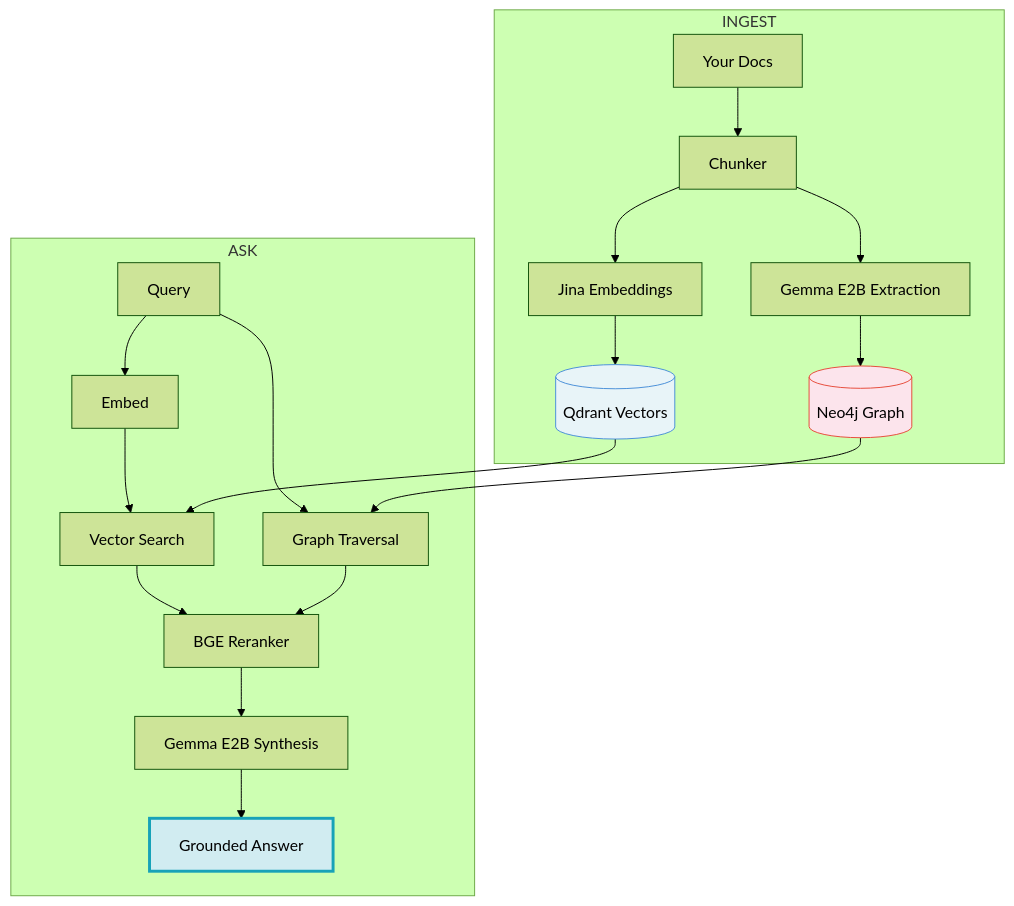
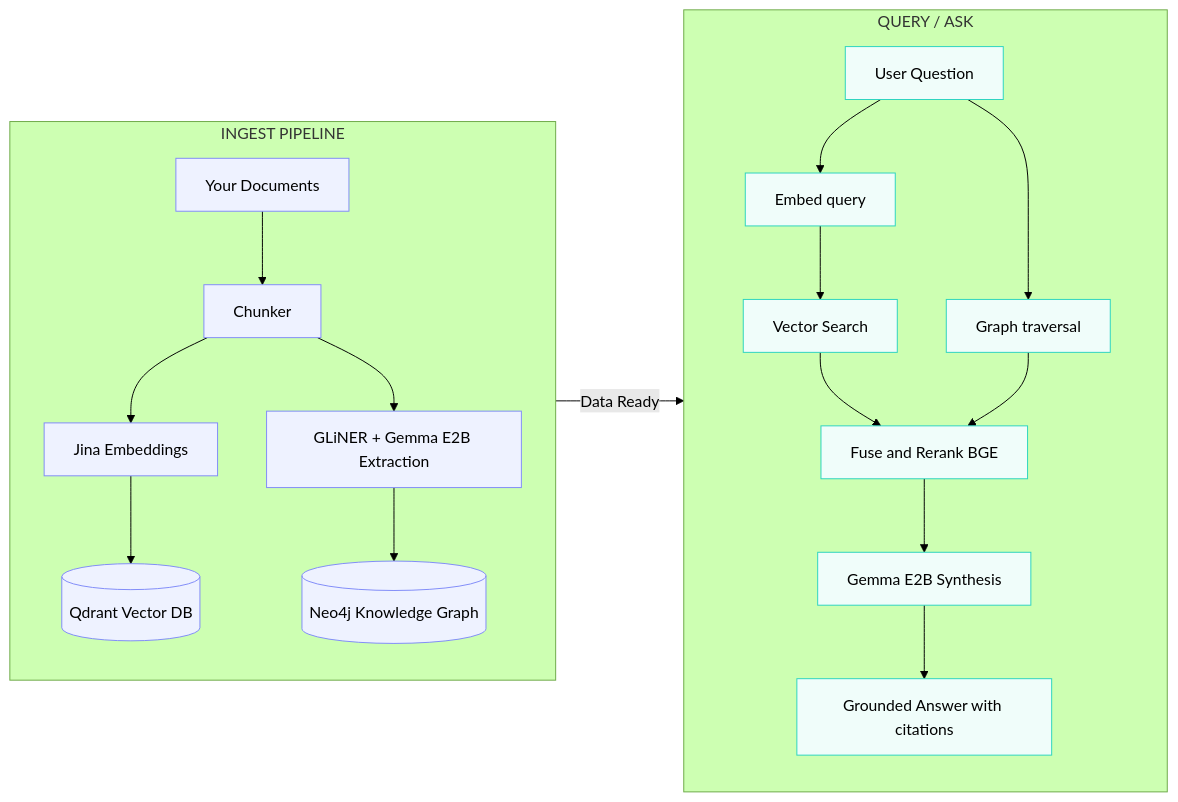
The diagram in README.md (reinhardjs/polyglot-graphrag), drawn with Mermaid (forest theme) before and after one commit. The commit also changed 3 other files, not shown here.

Commit message:
README: replace mermaid diagram with dagre LR layout with class styling

````diff
--- a/README.md
+++ b/README.md
@@ -75,24 +75,53 @@
 ```mermaid
-graph TB
-  subgraph INGEST[INGEST]
-    D[Your Docs] --> C[Chunker]
-    C --> E[Jina Embeddings]
-    C --> X[Gemma E2B Extraction]
-    E --> Q[(Qdrant Vectors)]
-    X --> N[(Neo4j Graph)]
+---
+config:
+  layout: dagre
+---
+flowchart LR
+ subgraph INGEST["INGEST PIPELINE"]
+    direction TB
+        DOC["Your Documents"]
+        CHUNK["Chunker"]
+        EMBED["Jina Embeddings"]
+        EXTRACT["GLiNER + Gemma E2B Extraction"]
+        QD[("Qdrant Vector DB")]
+        N4J[("Neo4j Knowledge Graph")]
   end
-  subgraph ASK[ASK]
-    QU[Query] --> QE[Embed]
-    QU --> NG[Graph Traversal]
-    QE --> VS[Vector Search]
-    VS --> F[BGE Reranker]
-    NG --> F
-    F --> S[Gemma E2B Synthesis]
-    S --> A[Grounded Answer]
+ subgraph QUERY["QUERY / ASK"]
+    direction TB
+        QU["User Question"]
+        QE["Embed query"]
+        VS["Vector Search"]
+        KG["Graph traversal"]
+        F["Fuse and Rerank BGE"]
+        S["Gemma E2B Synthesis"]
+        A["Grounded Answer with citations"]
   end
-  Q --> VS
-  N --> NG
-  style Q fill:#e8f4f8,stroke:#4a90d9
-  style N fill:#fce4ec,stroke:#e74c3c
-  style A fill:#d1ecf1,stroke:#17a2b8,stroke-width:3px
+    DOC --> CHUNK
+    CHUNK --> EMBED & EXTRACT
+    EMBED --> QD
+    EXTRACT --> N4J
+    QU --> QE & KG
+    QE --> VS
+    VS --> F
+    F --> S
+    S --> A
+    KG --> F
+    INGEST -- Data Ready --> QUERY
+
+     DOC:::ingest
+     CHUNK:::ingest
+     EMBED:::ingest
+     EXTRACT:::ingest
+     QD:::ingest
+     N4J:::ingest
+     QU:::query
+     QE:::query
+     VS:::query
+     KG:::query
+     F:::query
+     S:::query
+     A:::query
+    classDef ingest fill:#eef2ff,stroke:#818cf8
+    classDef query fill:#f0fdfa,stroke:#2dd4bf
 ```
````
